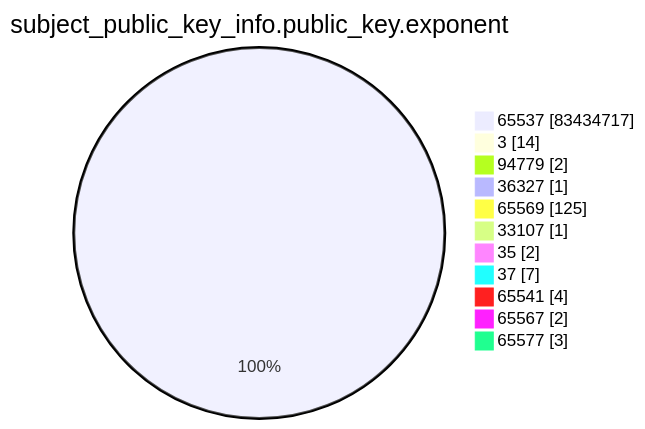
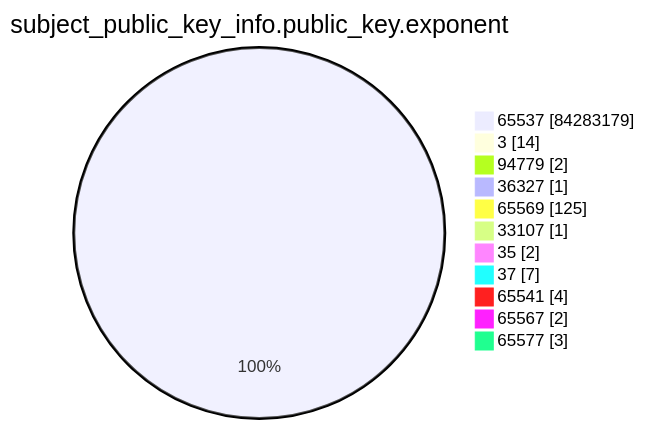
Before and after one commit to christiankrug/ctmonitor_visualization: the fourth of 15 diagrams in xenon2023/README.md, drawn with Mermaid. The commit also changed other lines of this file, not shown here.

````diff
--- a/xenon2023/README.md
+++ b/xenon2023/README.md
@@ -1236,15 +1237,15 @@
 ```mermaid
 pie showData
 title subject_public_key_info.public_key.exponent
-"65537" :83434717
+"65537" :84283179
 "3" :14
 "94779" :2
 "36327" :1
 "65569" :125
 "33107" :1
 "35" :2
 "37" :7
 "65541" :4
 "65567" :2
 "65577" :3
 ```
````
